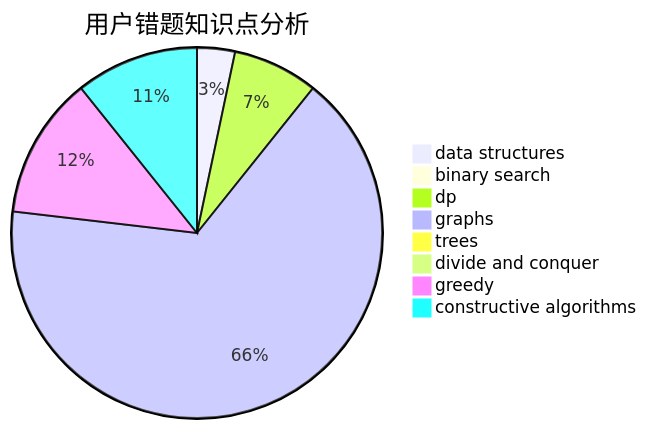
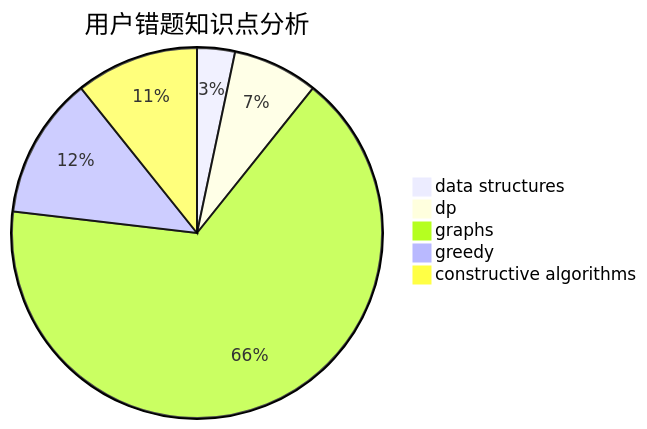
The third of 3 diagrams in docs/user/u407.md (sherpahu/cfrs.github.io), drawn with Mermaid before and after one commit. The commit also changed other lines of this file and 2770 other files, not shown here.

````diff
--- a/docs/user/u407.md
+++ b/docs/user/u407.md
@@ -31,11 +29,8 @@
 ```mermaid
 pie title 用户错题知识点分析
     "data structures" :  4
-    "binary search" :  0
     "dp" :  9
     "graphs" :  80
-    "trees" :  0
-    "divide and conquer" :  0
     "greedy" :  15
     "constructive algorithms" :  13
 ```
````
